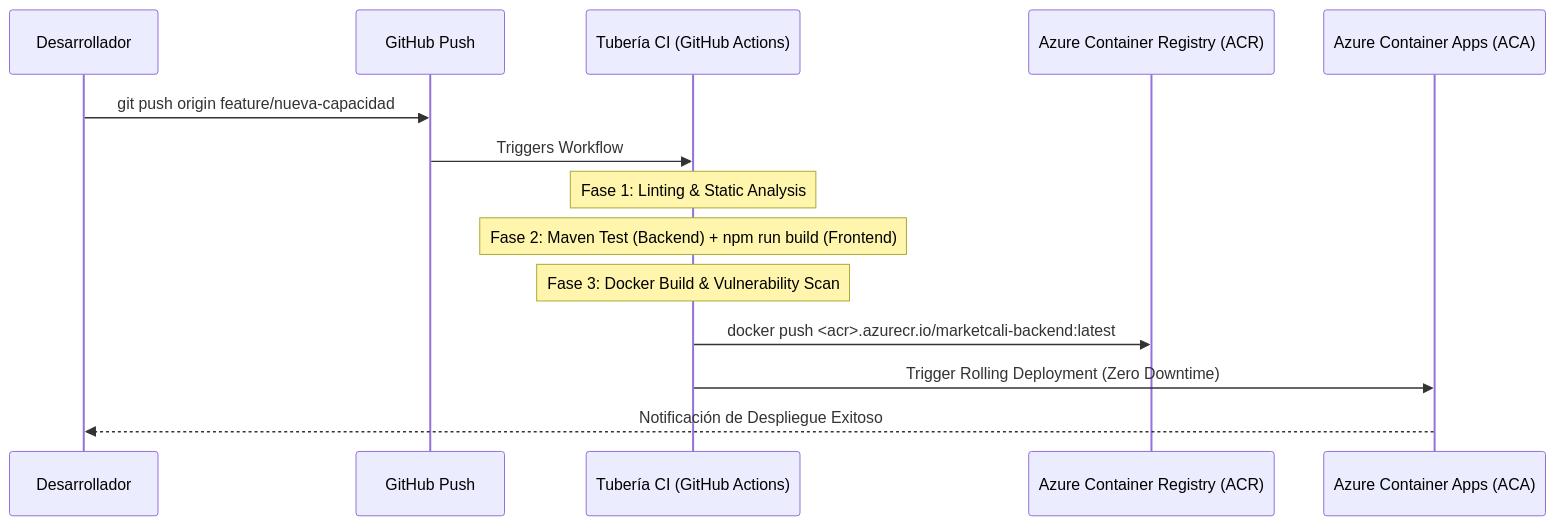
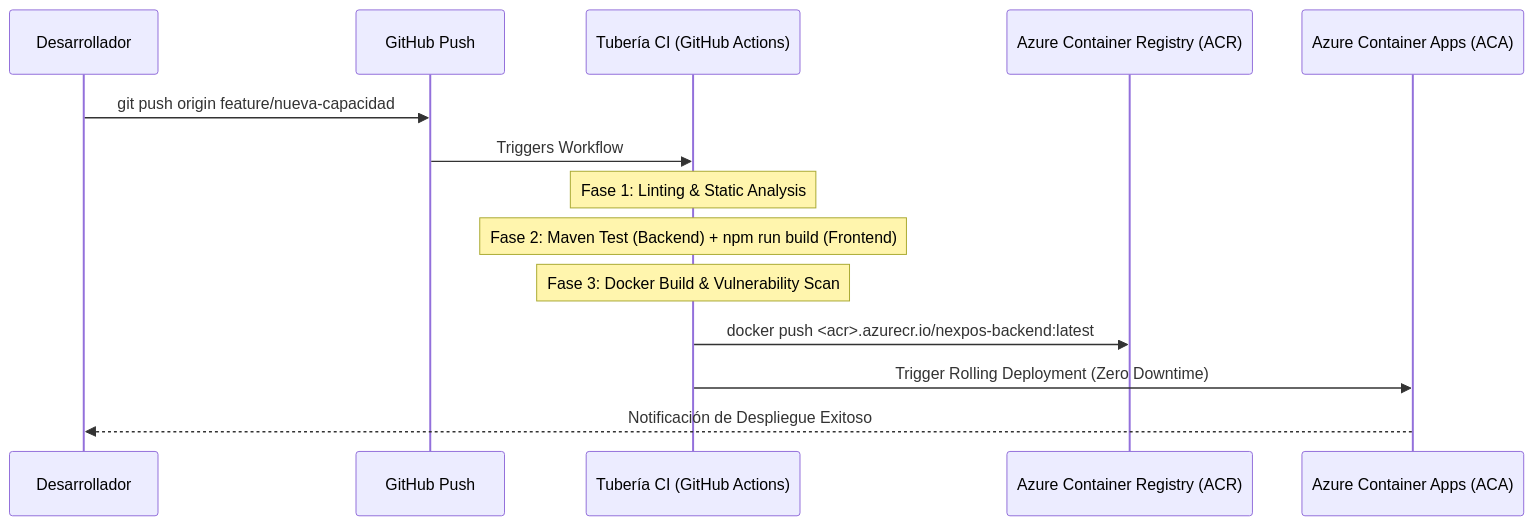
The second of 2 diagrams in docs/SDLC_GUIDE.md (miguelortiz13/nexpos-backend), drawn with Mermaid before and after one commit. The commit also changed other lines of this file and 8 other files, not shown here.

Commit message:
chore(branding): rename repository and maven artifacts to nexpos-backend

````diff
--- a/docs/SDLC_GUIDE.md
+++ b/docs/SDLC_GUIDE.md
@@ -112,17 +112,17 @@
 ```mermaid
 sequenceDiagram
     participant Dev as Desarrollador
     participant Git as GitHub Push
     participant CI as Tubería CI (GitHub Actions)
     participant Reg as Azure Container Registry (ACR)
     participant Cloud as Azure Container Apps (ACA)
 
     Dev->>Git: git push origin feature/nueva-capacidad
     Git->>CI: Triggers Workflow
     Note over CI: Fase 1: Linting & Static Analysis
     Note over CI: Fase 2: Maven Test (Backend) + npm run build (Frontend)
     Note over CI: Fase 3: Docker Build & Vulnerability Scan
-    CI->>Reg: docker push <acr>.azurecr.io/marketcali-backend:latest
+    CI->>Reg: docker push <acr>.azurecr.io/nexpos-backend:latest
     CI->>Cloud: Trigger Rolling Deployment (Zero Downtime)
     Cloud-->>Dev: Notificación de Despliegue Exitoso
 ```
````
